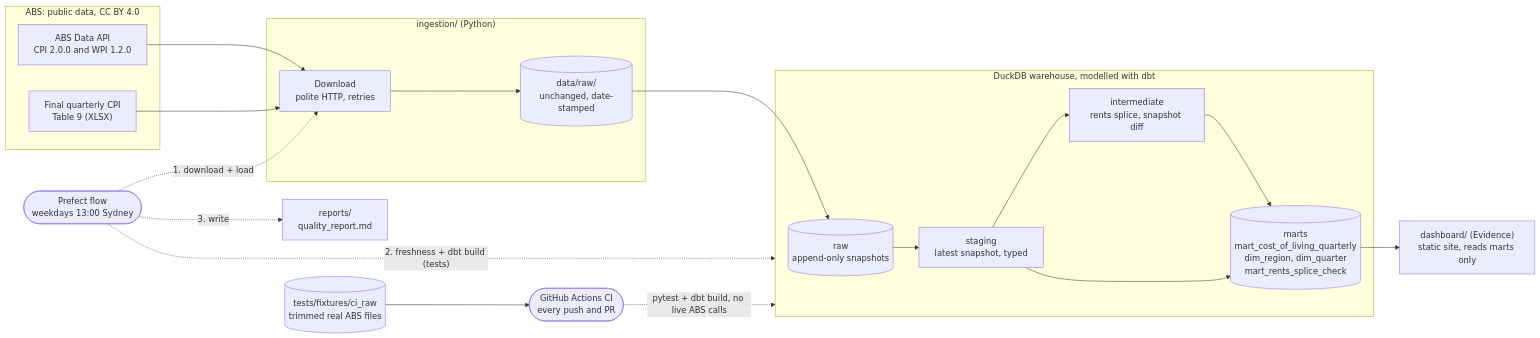
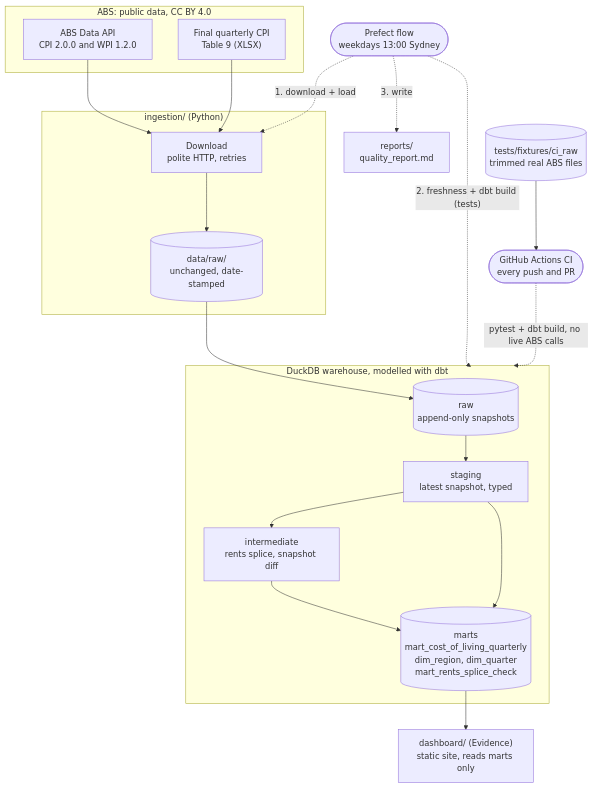
Before and after one commit to abubakrdanish/Cost-of-living: the diagram in README.md, drawn with Mermaid. The commit also changed other lines of this file and 3 other files, not shown here.

````diff
--- a/README.md
+++ b/README.md
@@ -32,38 +30,38 @@
 ```mermaid
-flowchart LR
+flowchart TB
     subgraph ABS["ABS: public data, CC BY 4.0"]
         API["ABS Data API<br/>CPI 2.0.0 and WPI 1.2.0"]
         XLSX["Final quarterly CPI<br/>Table 9 (XLSX)"]
     end
 
     subgraph ING["ingestion/ (Python)"]
         DL["Download<br/>polite HTTP, retries"]
         FILES[("data/raw/<br/>unchanged, date-stamped")]
     end
 
     subgraph WH["DuckDB warehouse, modelled with dbt"]
         RAW[("raw<br/>append-only snapshots")]
         STG["staging<br/>latest snapshot, typed"]
         INT["intermediate<br/>rents splice, snapshot diff"]
         MART[("marts<br/>mart_cost_of_living_quarterly<br/>dim_region, dim_quarter<br/>mart_rents_splice_check")]
     end
 
     DASH["dashboard/ (Evidence)<br/>static site, reads marts only"]
     REPORT["reports/<br/>quality_report.md"]
 
     API --> DL
     XLSX --> DL
     DL --> FILES --> RAW --> STG --> INT --> MART
     STG --> MART
     MART --> DASH
 
     PREFECT(["Prefect flow<br/>weekdays 13:00 Sydney"])
     PREFECT -. "1. download + load" .-> DL
     PREFECT -. "2. freshness + dbt build (tests)" .-> WH
     PREFECT -. "3. write" .-> REPORT
 
     CI(["GitHub Actions CI<br/>every push and PR"])
     FIX[("tests/fixtures/ci_raw<br/>trimmed real ABS files")]
     FIX --> CI
     CI -. "pytest + dbt build, no live ABS calls" .-> WH
 ```
````
